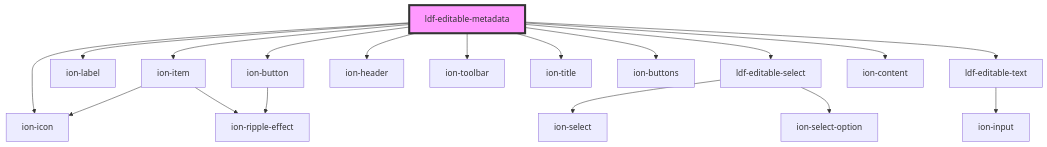
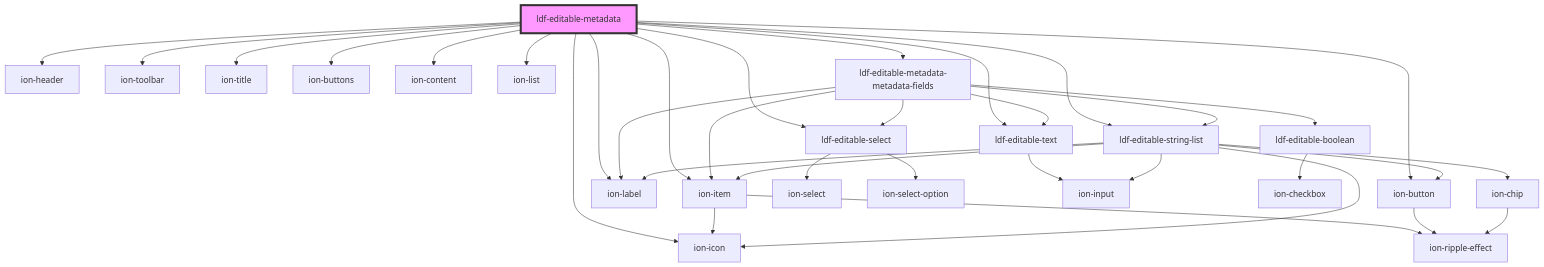
Before and after one commit to gbj/venite: the diagram in components/src/components/editable-metadata/readme.md, drawn with Mermaid. The commit also changed other lines of this file and 94 other files, not shown here.

````diff
--- a/components/src/components/editable-metadata/readme.md
+++ b/components/src/components/editable-metadata/readme.md
@@ -36,21 +39,38 @@
 ```mermaid
 graph TD;
   ldf-editable-metadata --> ion-item
   ldf-editable-metadata --> ion-label
   ldf-editable-metadata --> ldf-editable-select
   ldf-editable-metadata --> ldf-editable-text
   ldf-editable-metadata --> ion-header
   ldf-editable-metadata --> ion-toolbar
   ldf-editable-metadata --> ion-title
   ldf-editable-metadata --> ion-buttons
   ldf-editable-metadata --> ion-button
   ldf-editable-metadata --> ion-icon
   ldf-editable-metadata --> ion-content
+  ldf-editable-metadata --> ion-list
+  ldf-editable-metadata --> ldf-editable-metadata-metadata-fields
+  ldf-editable-metadata --> ldf-editable-string-list
   ion-item --> ion-icon
   ion-item --> ion-ripple-effect
   ldf-editable-select --> ion-select
   ldf-editable-select --> ion-select-option
   ldf-editable-text --> ion-input
   ion-button --> ion-ripple-effect
+  ldf-editable-metadata-metadata-fields --> ldf-editable-boolean
+  ldf-editable-metadata-metadata-fields --> ldf-editable-text
+  ldf-editable-metadata-metadata-fields --> ldf-editable-string-list
+  ldf-editable-metadata-metadata-fields --> ldf-editable-select
+  ldf-editable-metadata-metadata-fields --> ion-item
+  ldf-editable-metadata-metadata-fields --> ion-label
+  ldf-editable-boolean --> ion-checkbox
+  ldf-editable-string-list --> ion-item
+  ldf-editable-string-list --> ion-label
+  ldf-editable-string-list --> ion-chip
+  ldf-editable-string-list --> ion-icon
+  ldf-editable-string-list --> ion-input
+  ldf-editable-string-list --> ion-button
+  ion-chip --> ion-ripple-effect
   style ldf-editable-metadata fill:#f9f,stroke:#333,stroke-width:4px
 ```
````
